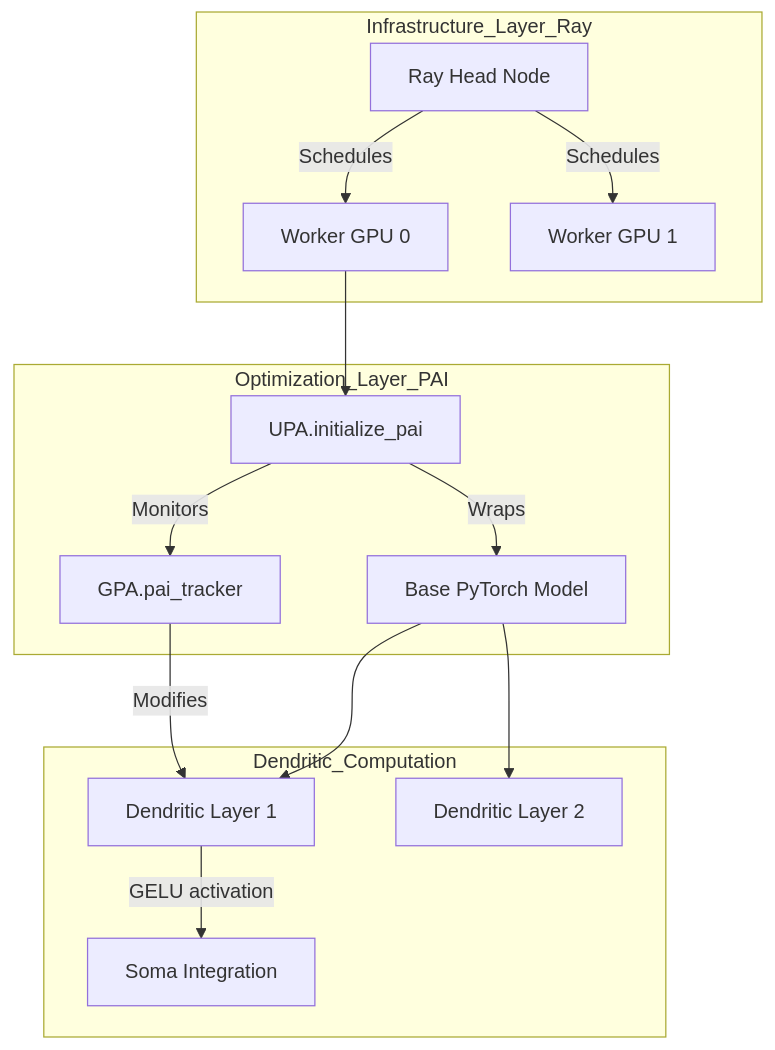
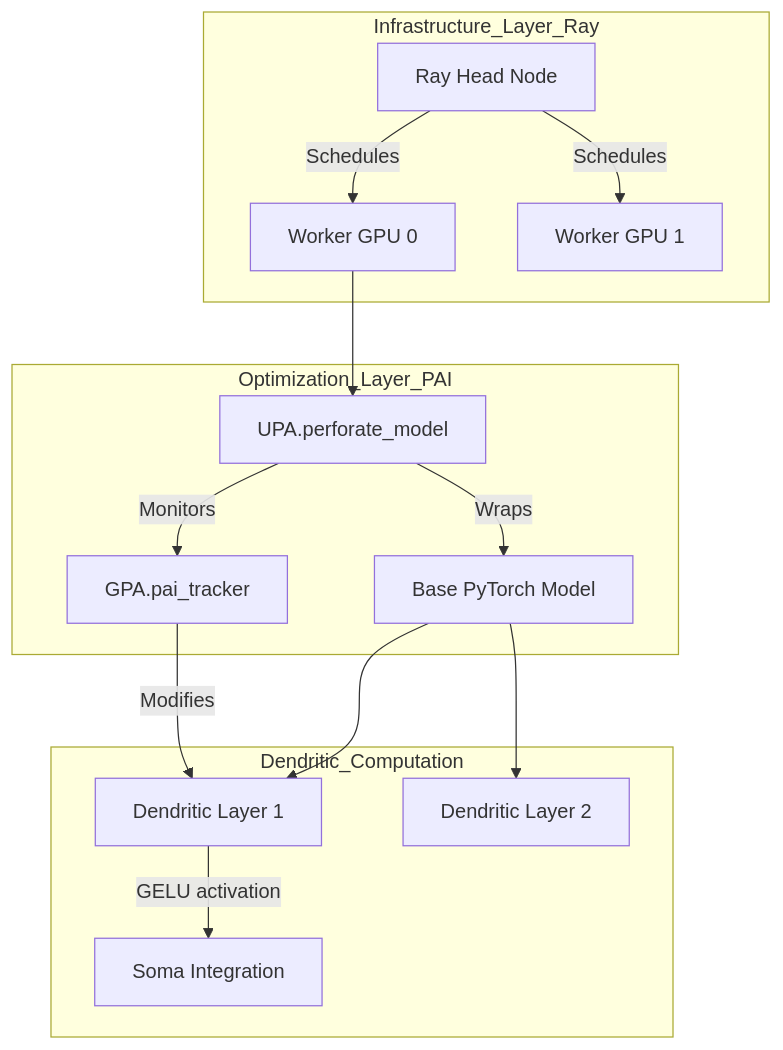
The fifth of 5 diagrams in Examples/hackathonProjects/perforated-uniplexity-credit-scoring/UNIPLEXITY_DENDRITIC_ENGINE_REPORT.md (PerforatedAI/PerforatedAI), drawn with Mermaid before and after one commit. The commit also changed 112 other files, not shown here.

````diff
--- a/Examples/hackathonProjects/perforated-uniplexity-credit-scoring/UNIPLEXITY_DENDRITIC_ENGINE_REPORT.md
+++ b/Examples/hackathonProjects/perforated-uniplexity-credit-scoring/UNIPLEXITY_DENDRITIC_ENGINE_REPORT.md
@@ -256,21 +256,21 @@
 ```mermaid
 graph TD
     subgraph Infrastructure_Layer_Ray
     Head[Ray Head Node] -- Schedules --> Worker1[Worker GPU 0]
     Head -- Schedules --> Worker2[Worker GPU 1]
     end
     
     subgraph Optimization_Layer_PAI
-    Worker1 --> PAI_Wrap["UPA.initialize_pai"]
+    Worker1 --> PAI_Wrap["UPA.perforate_model"]
     PAI_Wrap -- Wraps --> Model[Base PyTorch Model]
     PAI_Wrap -- Monitors --> Tracker["GPA.pai_tracker"]
     end
     
     subgraph Dendritic_Computation
     Model --> Layer1[Dendritic Layer 1]
     Model --> Layer2[Dendritic Layer 2]
     Layer1 -- "GELU activation" --> Soma1[Soma Integration]
     end
     
     Tracker -- Modifies --> Layer1
 ```
````
